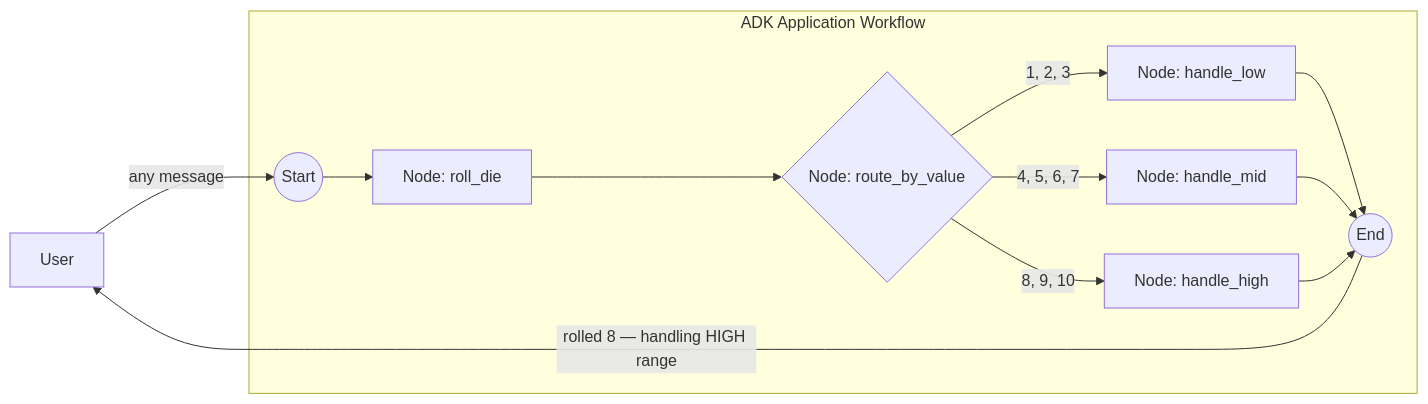
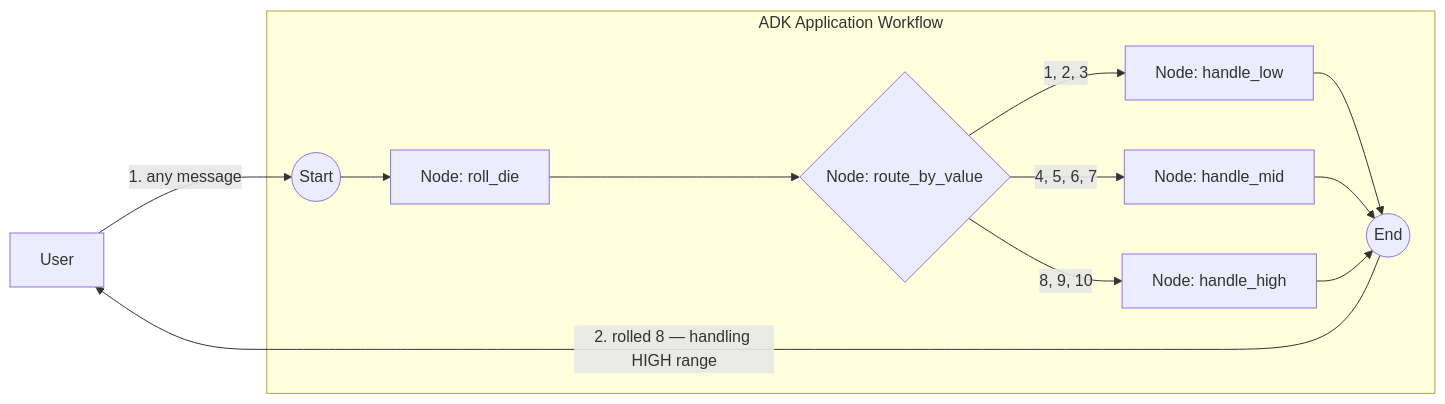
One commit to google/adk-go changed the diagram in examples/workflow/routing/int/README.md. Above: the diagram before and after it, drawn with Mermaid. The commit also changed 8 other files, not shown here.

First line of the commit message:
docs(examples/workflow): number diagram edges to show flow order (review feedback)

````diff
--- a/examples/workflow/routing/int/README.md
+++ b/examples/workflow/routing/int/README.md
@@ -14,16 +14,16 @@
 ```mermaid
 graph LR
     User[User]
     subgraph "ADK Application Workflow"
         Start((Start)) --> N1[Node: roll_die]
         N1 --> N2{Node: route_by_value}
         N2 -- "1, 2, 3" --> L[Node: handle_low]
         N2 -- "4, 5, 6, 7" --> M[Node: handle_mid]
         N2 -- "8, 9, 10" --> H[Node: handle_high]
         L --> End((End))
         M --> End
         H --> End
     end
-    User -- "any message" --> Start
-    End -- "rolled 8 — handling HIGH range" --> User
+    User -- "1. any message" --> Start
+    End -- "2. rolled 8 — handling HIGH range" --> User
 ```
````
